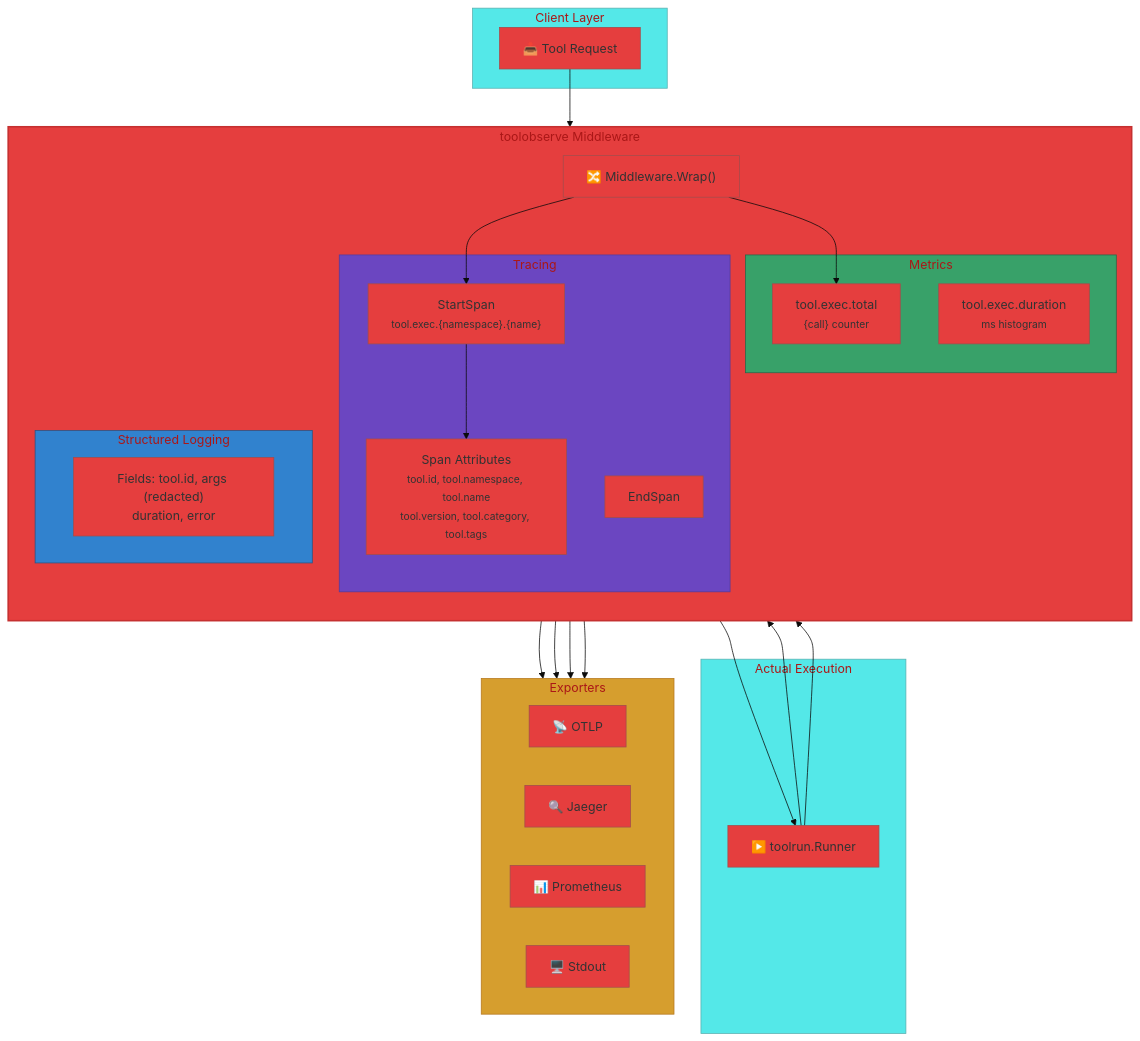
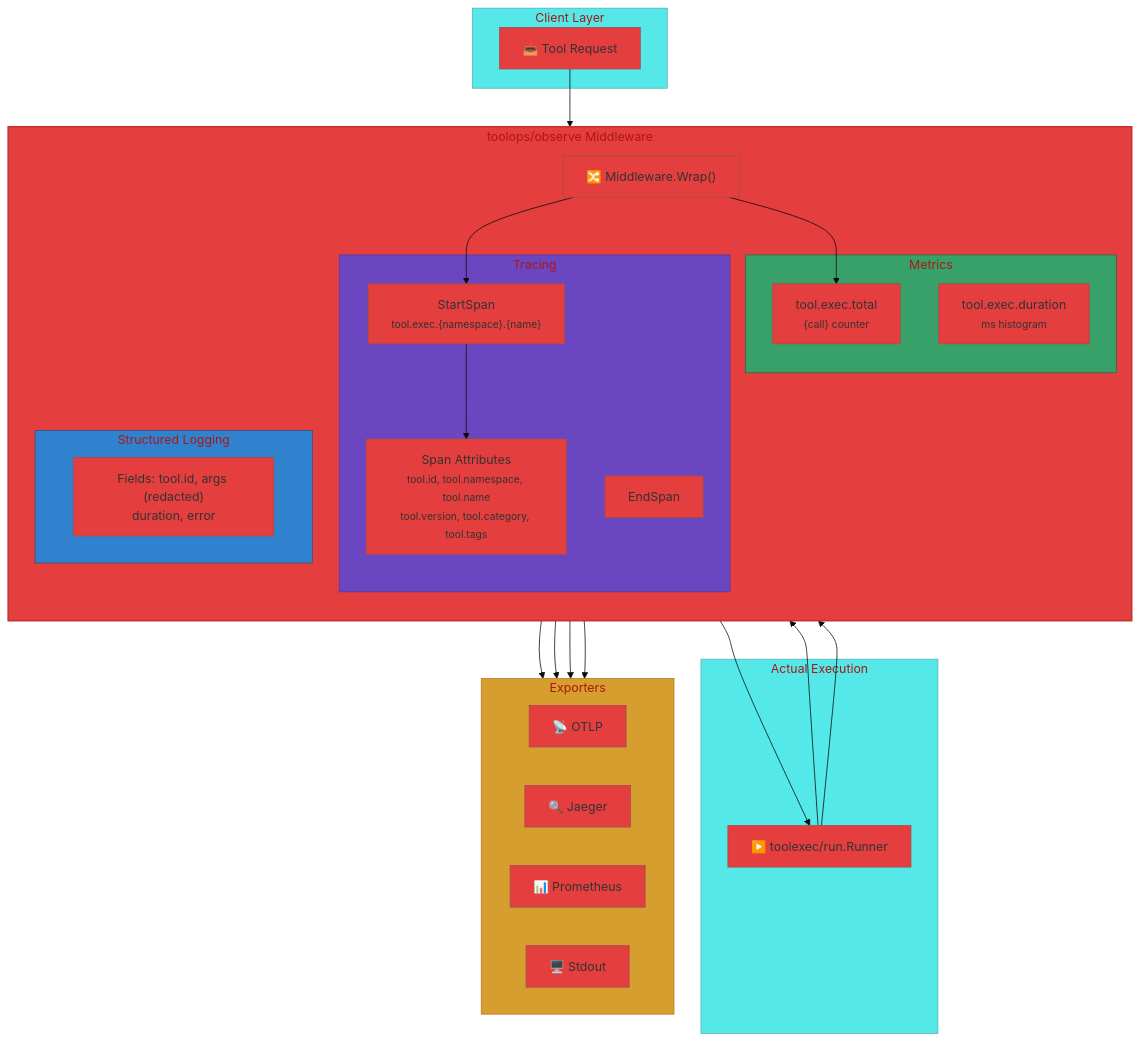
One commit to jonwraymond/ai-tools-stack changed the seventh of 7 diagrams in docs/architecture/overview.md. Above: the diagram before and after it, drawn with Mermaid. The commit also changed other lines of this file and 30 other files, not shown here.

````diff
--- a/docs/architecture/overview.md
+++ b/docs/architecture/overview.md
@@ -387,57 +349,57 @@
 ```mermaid
 %%{init: {'theme': 'base', 'themeVariables': {'primaryColor': '#e53e3e'}}}%%
 flowchart TB
     subgraph client["Client Layer"]
         Request["📥 Tool Request"]
     end
 
-    subgraph middleware["toolobserve Middleware"]
+    subgraph middleware["toolops/observe Middleware"]
         direction TB
         MW["🔀 Middleware.Wrap()"]
 
         subgraph tracing["Tracing"]
             SpanStart["StartSpan<br/><small>tool.exec.{namespace}.{name}</small>"]
             SpanEnd["EndSpan"]
             SpanAttrs["Span Attributes<br/><small>tool.id, tool.namespace, tool.name<br/>tool.version, tool.category, tool.tags</small>"]
         end
 
         subgraph metrics["Metrics"]
             Counter["tool.exec.total<br/><small>{call} counter</small>"]
             Histogram["tool.exec.duration<br/><small>ms histogram</small>"]
         end
 
         subgraph logging["Structured Logging"]
             LogFields["Fields: tool.id, args (redacted)<br/>duration, error"]
         end
     end
 
     subgraph execution["Actual Execution"]
-        Runner["▶️ toolrun.Runner"]
+        Runner["▶️ toolexec/run.Runner"]
     end
 
     subgraph exporters["Exporters"]
         direction LR
         OTLP["📡 OTLP"]
         Jaeger["🔍 Jaeger"]
         Prometheus["📊 Prometheus"]
         Stdout["🖥️ Stdout"]
     end
 
     Request --> MW
     MW --> SpanStart --> SpanAttrs
     MW --> Counter
     SpanAttrs --> Runner
     Runner --> SpanEnd
     Runner --> Histogram
 
     SpanEnd --> OTLP
     SpanEnd --> Jaeger
     Histogram --> Prometheus
     Histogram --> OTLP
 
     style middleware fill:#e53e3e,stroke:#c53030,stroke-width:2px
     style tracing fill:#6b46c1,stroke:#553c9a
     style metrics fill:#38a169,stroke:#276749
     style logging fill:#3182ce,stroke:#2c5282
     style exporters fill:#d69e2e,stroke:#b7791f
 ```
````
